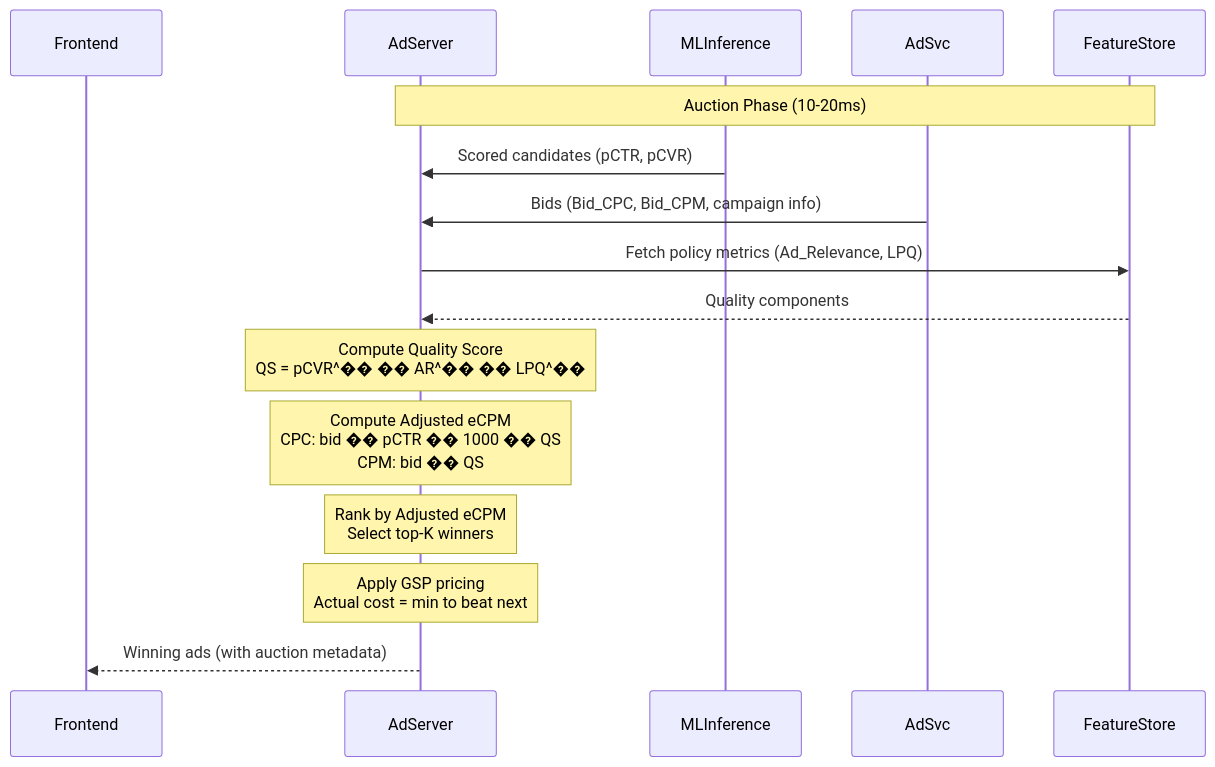
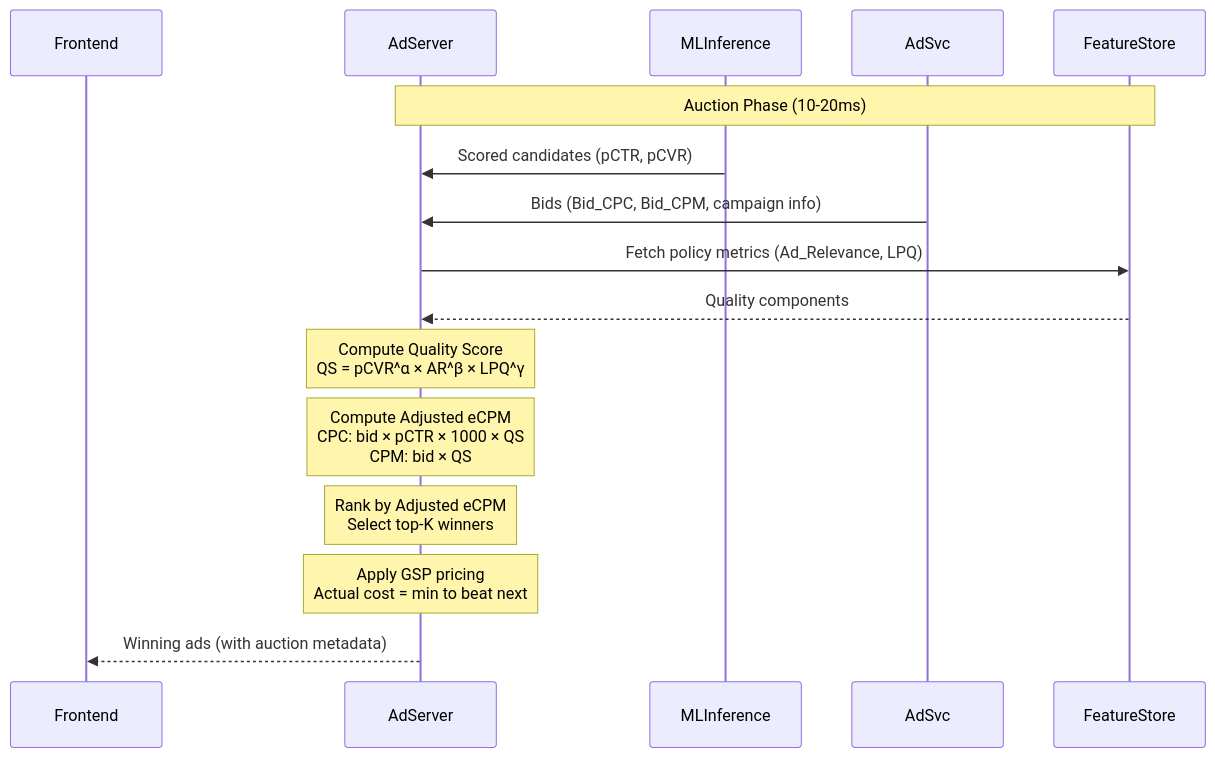
One commit to thunderbird2009/book_rmn changed the first of 2 diagrams in ch3_auction_and_cost_tracking.md. Above: the diagram before and after it, drawn with Mermaid. The commit also changed other lines of this file, not shown here.

````diff
--- a/ch3_auction_and_cost_tracking.md
+++ b/ch3_auction_and_cost_tracking.md
@@ -1038,23 +1036,23 @@
 ```mermaid
 sequenceDiagram
     participant Frontend
     participant AdServer
     participant MLInference
     participant AdSvc
     participant FeatureStore
     
     Note over AdServer,FeatureStore: Auction Phase (10-20ms)
     
     MLInference->>AdServer: Scored candidates (pCTR, pCVR)
     AdSvc->>AdServer: Bids (Bid_CPC, Bid_CPM, campaign info)
     
     AdServer->>FeatureStore: Fetch policy metrics (Ad_Relevance, LPQ)
     FeatureStore-->>AdServer: Quality components
     
-    Note over AdServer: Compute Quality Score<br/>QS = pCVR^�� �� AR^�� �� LPQ^��
-    Note over AdServer: Compute Adjusted eCPM<br/>CPC: bid �� pCTR �� 1000 �� QS<br/>CPM: bid �� QS
+    Note over AdServer: Compute Quality Score<br/>QS = pCVR^α × AR^β × LPQ^γ
+    Note over AdServer: Compute Adjusted eCPM<br/>CPC: bid × pCTR × 1000 × QS<br/>CPM: bid × QS
     Note over AdServer: Rank by Adjusted eCPM<br/>Select top-K winners
     Note over AdServer: Apply GSP pricing<br/>Actual cost = min to beat next
     
     AdServer-->>Frontend: Winning ads (with auction metadata)
 ```
````
